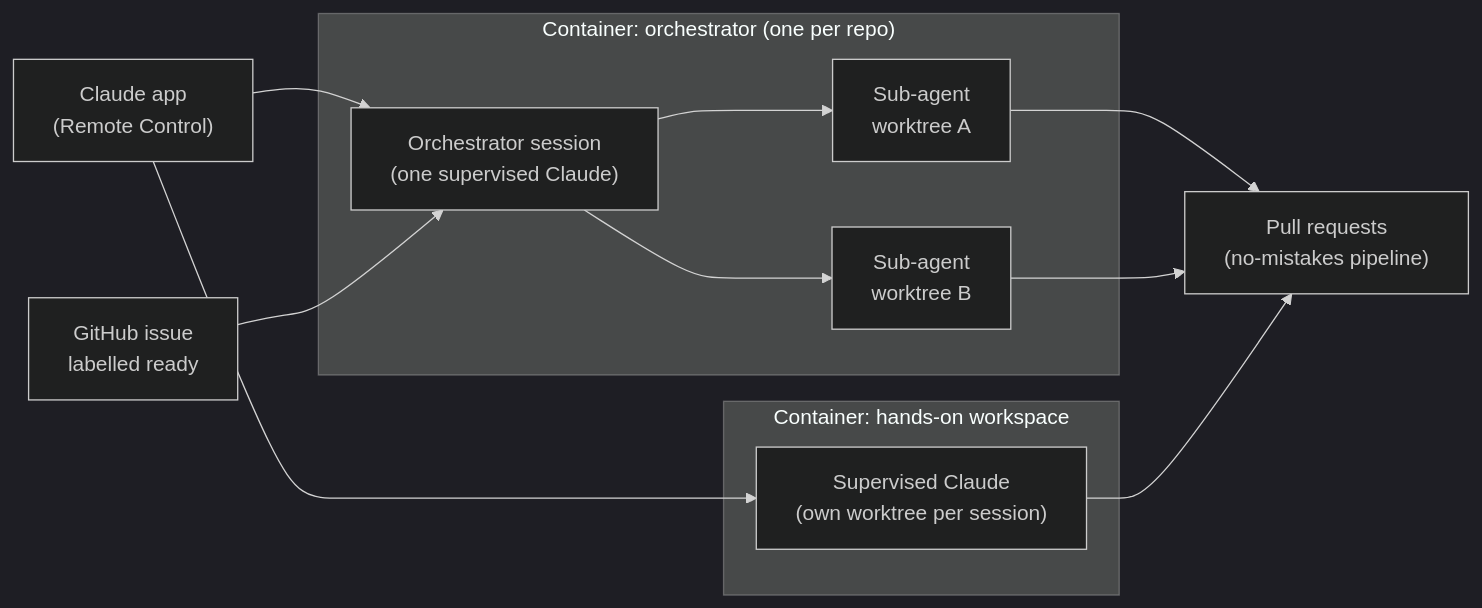
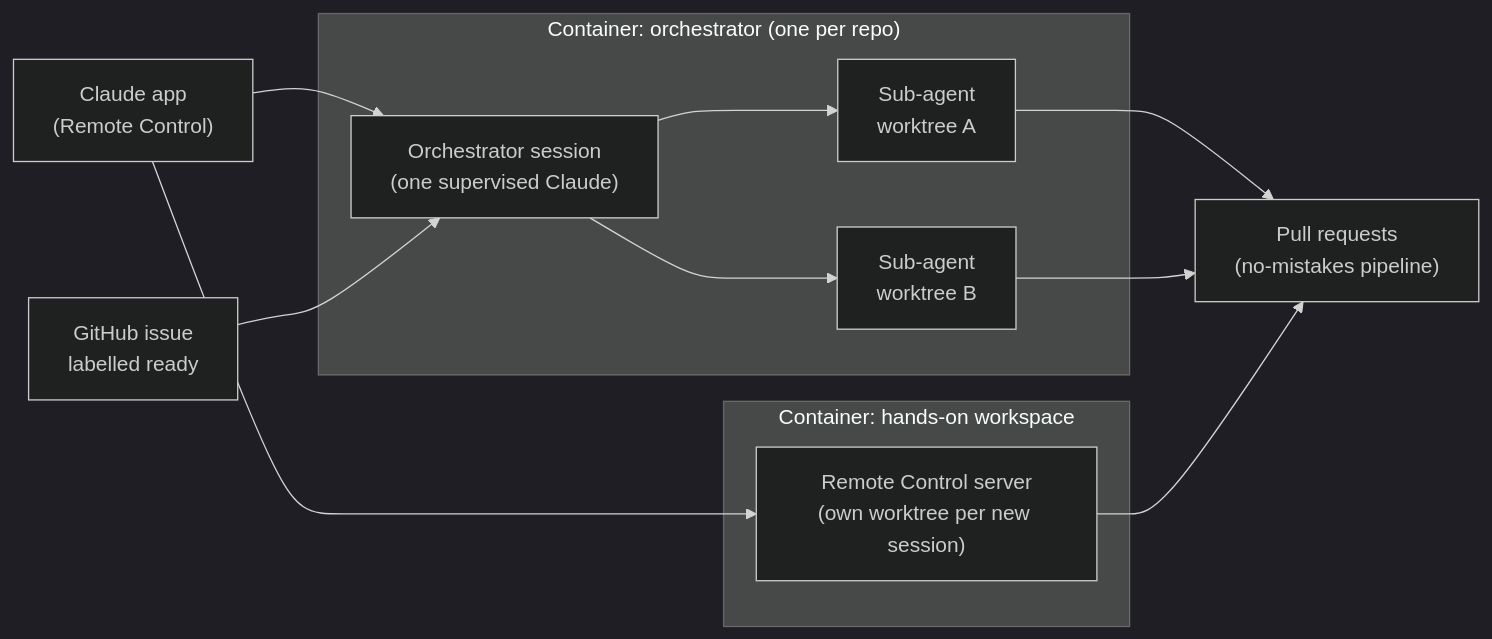
One commit to cbundy/dev-system changed the diagram in README.md. Above: the diagram before and after it, drawn with Mermaid (dark theme). The commit also changed other lines of this file, not shown here.

````diff
--- a/README.md
+++ b/README.md
@@ -34,17 +36,17 @@
 ```mermaid
 flowchart LR
   app["Claude app<br/>(Remote Control)"] --> orch
   gh["GitHub issue<br/>labelled ready"] --> orch
   subgraph c1["Container: orchestrator (one per repo)"]
     orch["Orchestrator session<br/>(one supervised Claude)"]
     orch --> w1["Sub-agent<br/>worktree A"]
     orch --> w2["Sub-agent<br/>worktree B"]
   end
   subgraph c2["Container: hands-on workspace"]
-    ws["Supervised Claude<br/>(own worktree per session)"]
+    ws["Remote Control server<br/>(own worktree per new session)"]
   end
   app --> ws
   w1 --> pr["Pull requests<br/>(no-mistakes pipeline)"]
   w2 --> pr
   ws --> pr
 ```
````
